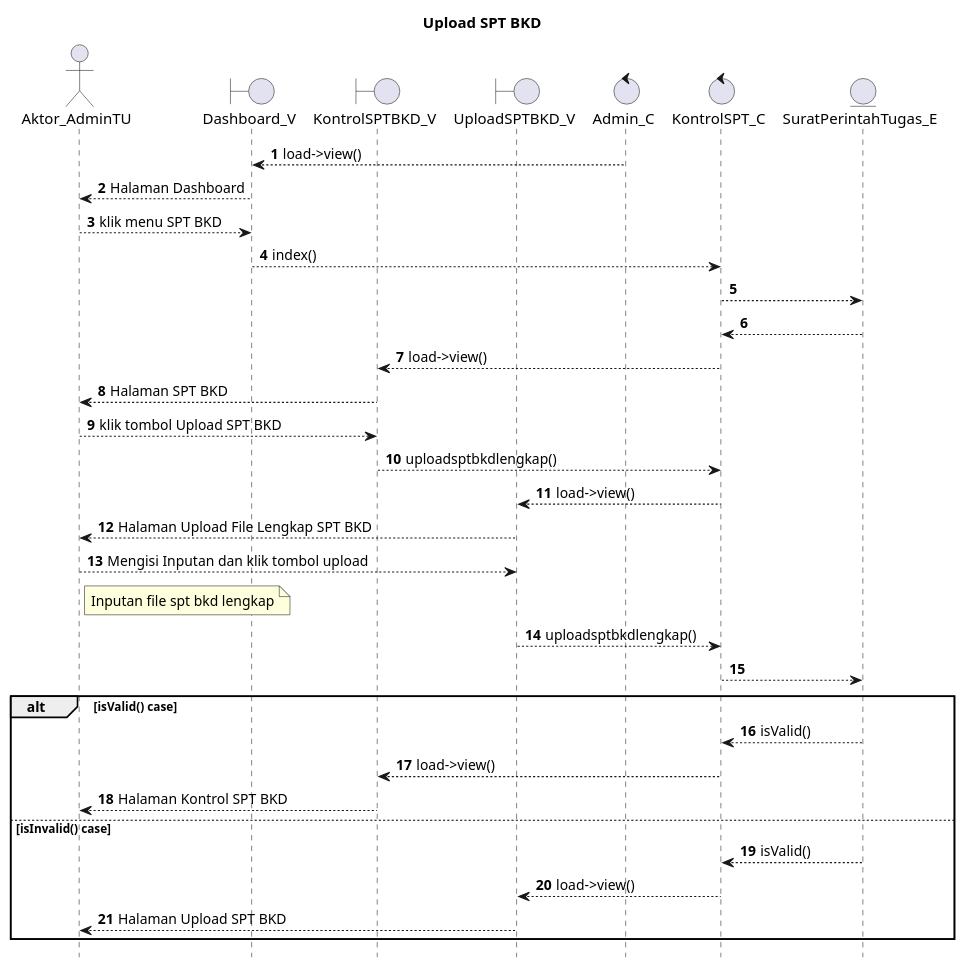
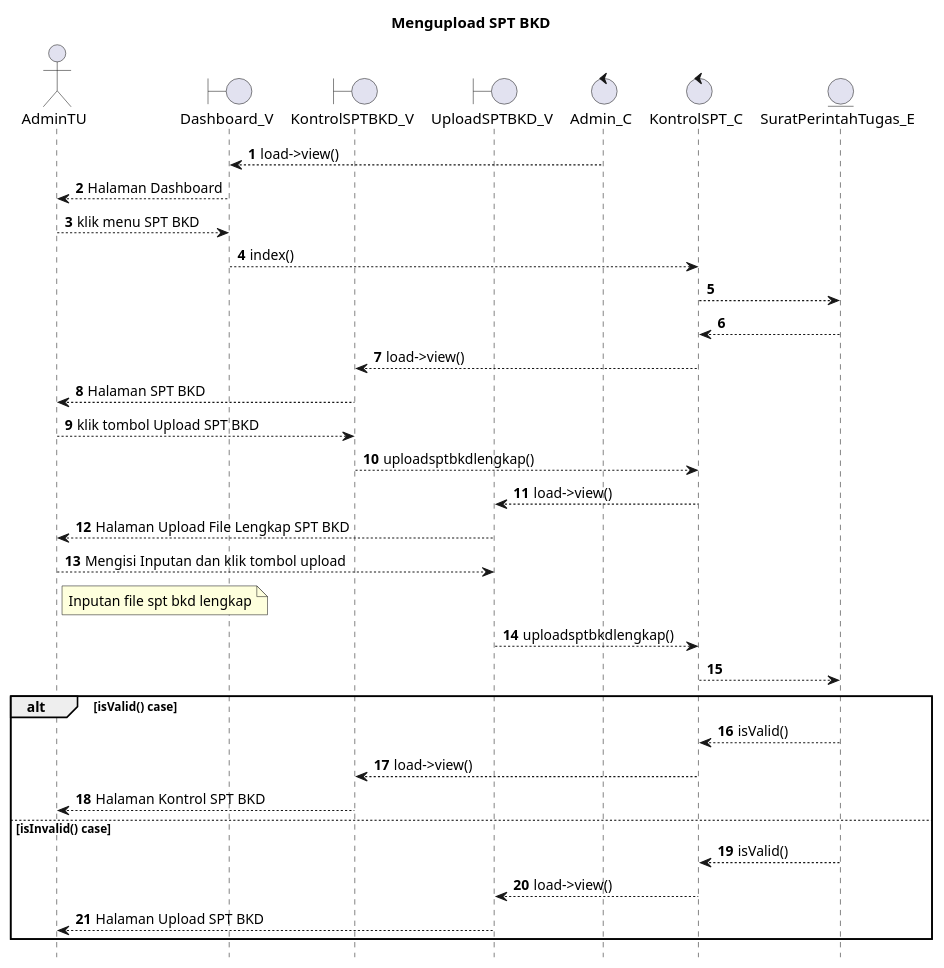
Before and after one commit to kurniado729/sistem_kp: the diagram in SELAIN SISTEM/UML/SEQUENCE/admin tu/UploadSPTBKD.puml, drawn with PlantUML. The commit also changed 185 other files, not shown here.

Commit message:
masukkan sequence di laporan

```diff
--- a/SELAIN SISTEM/UML/SEQUENCE/admin tu/UploadSPTBKD.puml
+++ b/SELAIN SISTEM/UML/SEQUENCE/admin tu/UploadSPTBKD.puml
@@ -1,49 +1,49 @@
 @startuml
 
 autonumber
 hide footbox
-title Upload SPT BKD
+title Mengupload SPT BKD
 
-Actor Aktor_AdminTU
+Actor AdminTU
 boundary Dashboard_V
 boundary KontrolSPTBKD_V
 boundary UploadSPTBKD_V
 control Admin_C
 control KontrolSPT_C
 Entity SuratPerintahTugas_E
 
 Admin_C --> Dashboard_V: load->view()
-Dashboard_V --> Aktor_AdminTU: Halaman Dashboard
-Aktor_AdminTU --> Dashboard_V: klik menu SPT BKD
+Dashboard_V --> AdminTU: Halaman Dashboard
+AdminTU --> Dashboard_V: klik menu SPT BKD
 Dashboard_V --> KontrolSPT_C: index()
 KontrolSPT_C --> SuratPerintahTugas_E:
     
     SuratPerintahTugas_E --> KontrolSPT_C:
     KontrolSPT_C --> KontrolSPTBKD_V: load->view()
-    KontrolSPTBKD_V --> Aktor_AdminTU: Halaman SPT BKD
+    KontrolSPTBKD_V --> AdminTU: Halaman SPT BKD
 
-Aktor_AdminTU --> KontrolSPTBKD_V: klik tombol Upload SPT BKD
+AdminTU --> KontrolSPTBKD_V: klik tombol Upload SPT BKD
 KontrolSPTBKD_V --> KontrolSPT_C: uploadsptbkdlengkap()
 KontrolSPT_C --> UploadSPTBKD_V: load->view()
-UploadSPTBKD_V --> Aktor_AdminTU: Halaman Upload File Lengkap SPT BKD
+UploadSPTBKD_V --> AdminTU: Halaman Upload File Lengkap SPT BKD
 
-Aktor_AdminTU --> UploadSPTBKD_V: Mengisi Inputan dan klik tombol upload
-    note right of Aktor_AdminTU
+AdminTU --> UploadSPTBKD_V: Mengisi Inputan dan klik tombol upload
+    note right of AdminTU
         Inputan file spt bkd lengkap
             end note
 UploadSPTBKD_V --> KontrolSPT_C: uploadsptbkdlengkap()
 KontrolSPT_C --> SuratPerintahTugas_E:
 
 alt isValid() case
     
     SuratPerintahTugas_E --> KontrolSPT_C: isValid()
     KontrolSPT_C --> KontrolSPTBKD_V: load->view()
-    KontrolSPTBKD_V --> Aktor_AdminTU: Halaman Kontrol SPT BKD
+    KontrolSPTBKD_V --> AdminTU: Halaman Kontrol SPT BKD
 
 else isInvalid() case
     
     SuratPerintahTugas_E --> KontrolSPT_C: isValid()
     KontrolSPT_C --> UploadSPTBKD_V: load->view()
-    UploadSPTBKD_V --> Aktor_AdminTU: Halaman Upload SPT BKD
+    UploadSPTBKD_V --> AdminTU: Halaman Upload SPT BKD
 end
 @enduml
```
